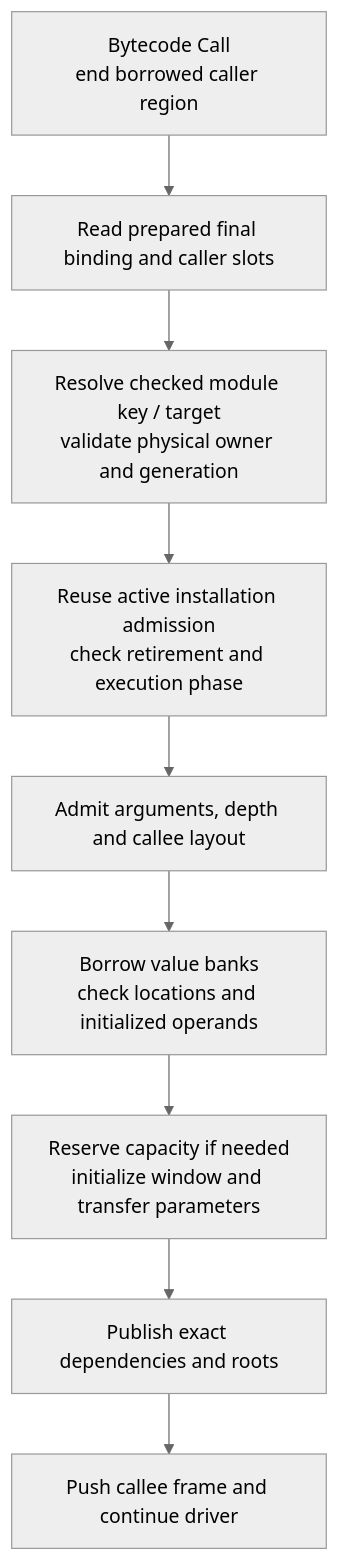
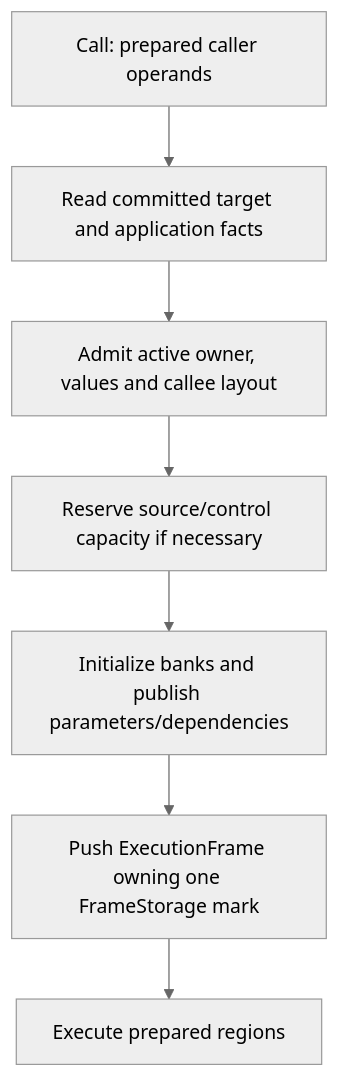
Before and after one commit to kagari-lang/kagari: the first of 3 diagrams in docs/architecture/runtime/calls.md, drawn with Mermaid (neutral theme). The commit also changed other lines of this file and 22 other files, not shown here.

````diff
--- a/docs/architecture/runtime/calls.md
+++ b/docs/architecture/runtime/calls.md
@@ -25,11 +40,9 @@
 ```mermaid
 flowchart TD
-    CALL["Bytecode Call<br/>end borrowed caller region"] --> SITE["Read prepared final binding and caller slots"]
-    SITE --> TARGET["Resolve checked module key / target<br/>validate physical owner and generation"]
-    TARGET --> AUTH["Reuse active installation admission<br/>check retirement and execution phase"]
-    AUTH --> ADMIT["Admit arguments, depth and callee layout"]
-    ADMIT --> BANK["Borrow value banks<br/>check locations and initialized operands"]
-    BANK --> INIT["Reserve capacity if needed<br/>initialize window and transfer parameters"]
-    INIT --> ROOT["Publish exact dependencies and roots"]
-    ROOT --> FRAME["Push callee frame and continue driver"]
+    CALL["Call: prepared caller operands"] --> SELECT["Read committed target and application facts"]
+    SELECT --> ADMIT["Admit active owner, values and callee layout"]
+    ADMIT --> STORAGE["Reserve source/control capacity if necessary"]
+    STORAGE --> SOURCE["Initialize banks and publish parameters/dependencies"]
+    SOURCE --> FRAME["Push ExecutionFrame owning one FrameStorage mark"]
+    FRAME --> RUN["Execute prepared regions"]
 ```
````
